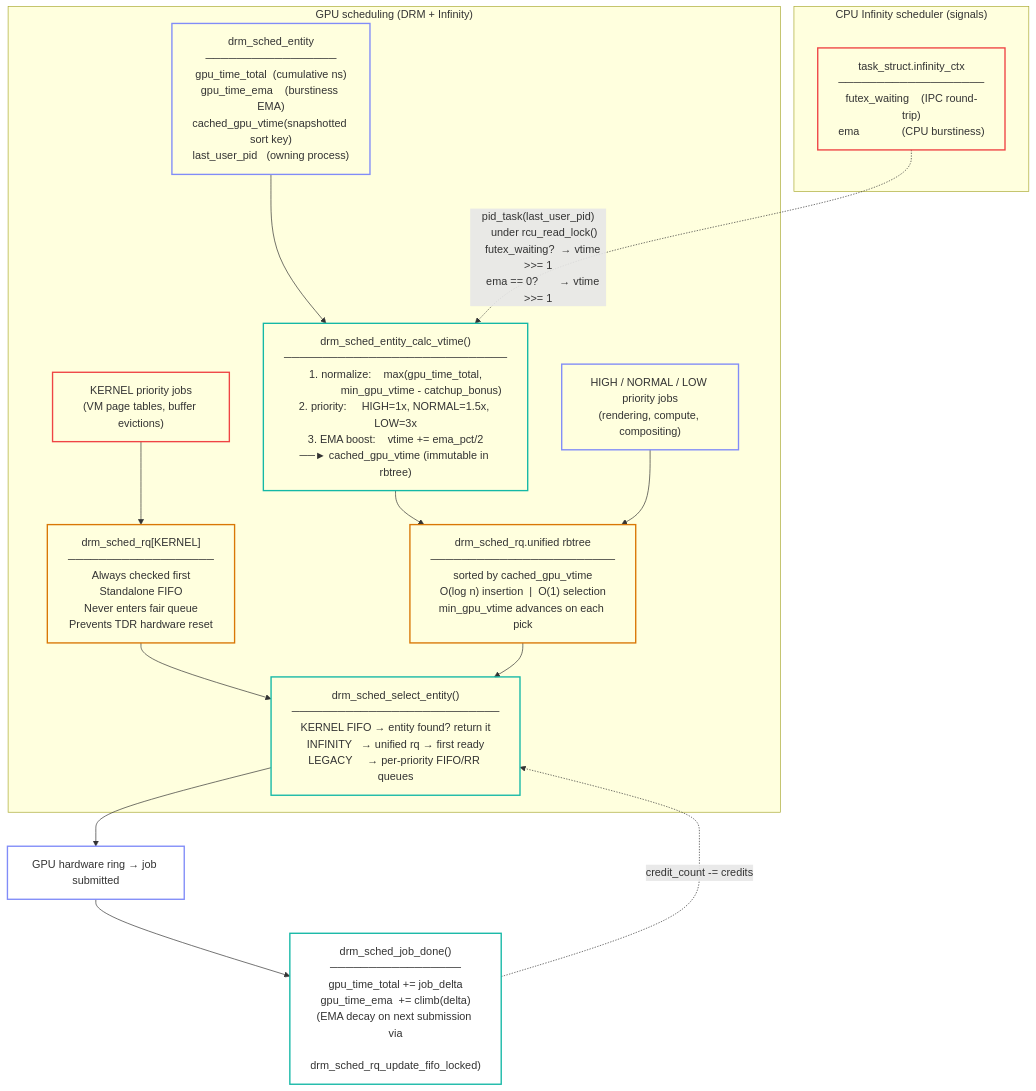
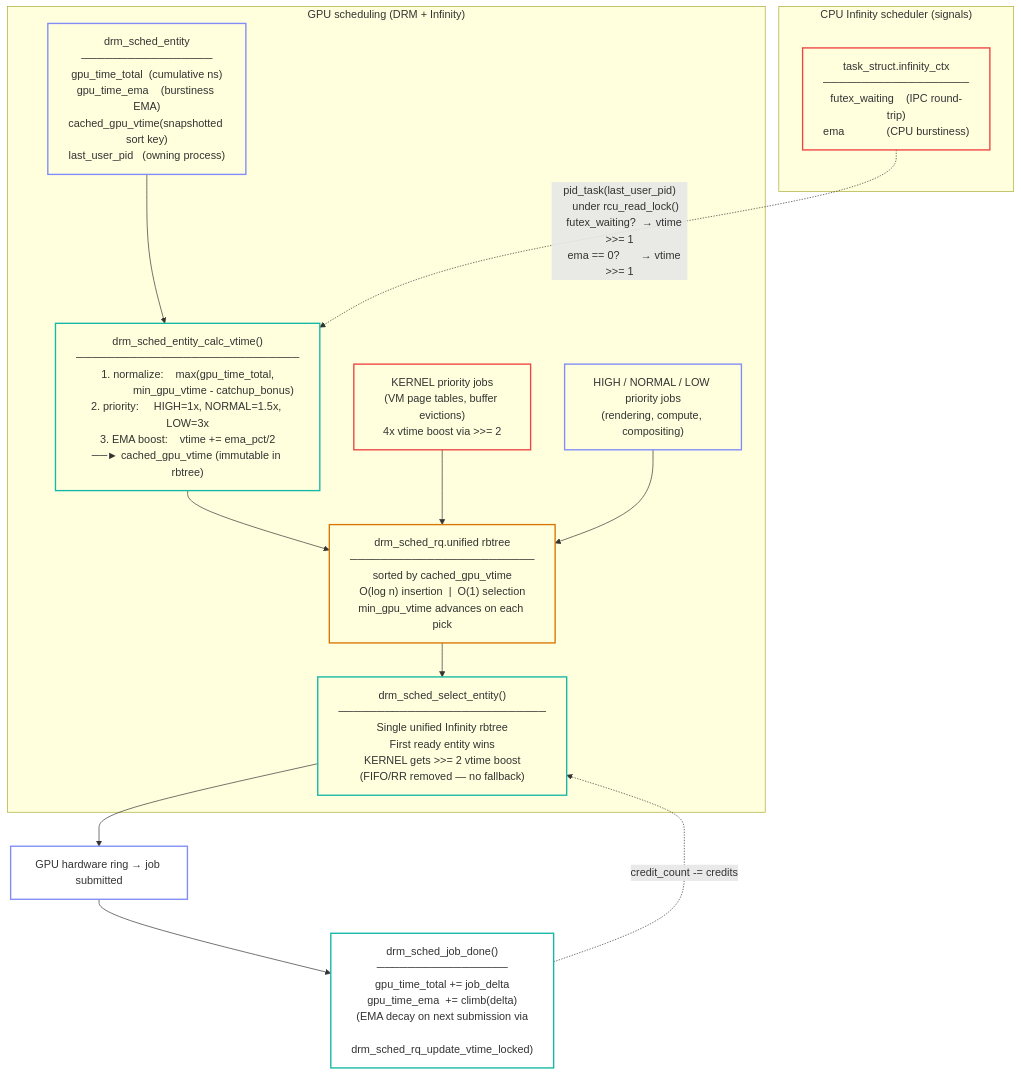
Before and after one commit to galpt/infinity-scheduler: the second of 2 diagrams in README.md, drawn with Mermaid. The commit also changed other lines of this file, not shown here.

Commit message:
readme: update GPU diagram for unified-only (FIFO/RR removed), add Igalia credit

```diff
--- a/README.md
+++ b/README.md
@@ -152,32 +152,25 @@
 min_gpu_vtime advances on each pick"]
         class QUEUE dec
 
-        SELFIFO["drm_sched_rq[KERNEL]
-───────────────────
-Always checked first
-Standalone FIFO
-Never enters fair queue
-Prevents TDR hardware reset"]
-        class SELFIFO dec
-
         KERNEL["KERNEL priority jobs
-(VM page tables, buffer evictions)"]
+(VM page tables, buffer evictions)
+4x vtime boost via >>= 2"]
         USER["HIGH / NORMAL / LOW priority jobs
 (rendering, compute, compositing)"]
         class KERNEL sig
         class USER ent
 
-        KERNEL --> SELFIFO
+        KERNEL --> QUEUE
         USER --> QUEUE
 
         SELECT["drm_sched_select_entity()
 ───────────────────────────
-KERNEL FIFO → entity found? return it
-INFINITY   → unified rq → first ready
-LEGACY     → per-priority FIFO/RR queues"]
+Single unified Infinity rbtree
+First ready entity wins
+KERNEL gets >>= 2 vtime boost
+(FIFO/RR removed — no fallback)"]
         class SELECT algo
 
-        SELFIFO --> SELECT
         QUEUE --> SELECT
     end
 
@@ -202,7 +195,7 @@
 gpu_time_total += job_delta
 gpu_time_ema  += climb(delta)
 (EMA decay on next submission via
- drm_sched_rq_update_fifo_locked)"]
+ drm_sched_rq_update_vtime_locked)"]
     class DONE algo
 
     DONE -. "credit_count -= credits" .-> SELECT
```
